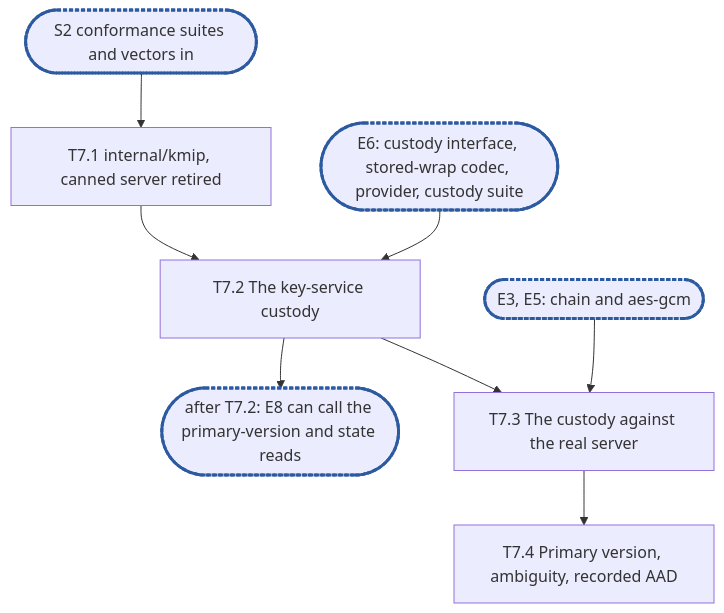
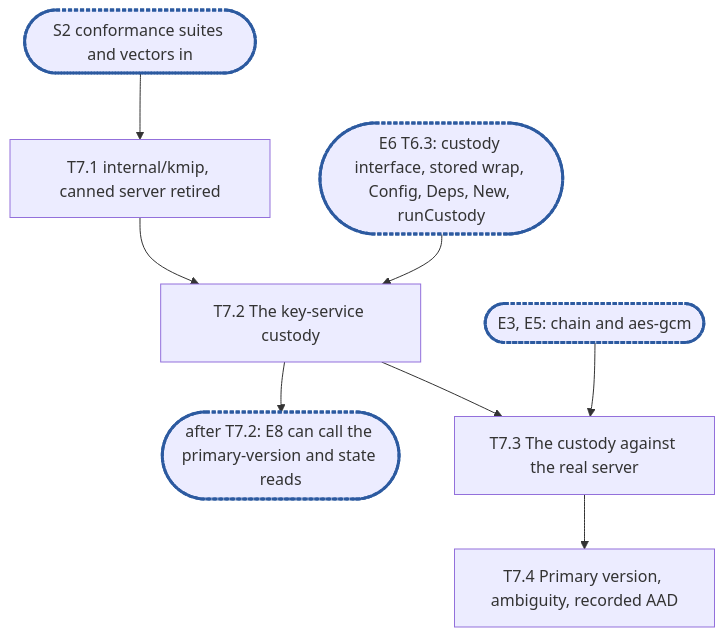
One commit to cubbit/dittofs changed the diagram in .planning/rfc-5-transforms-epic7.md. Above: the diagram before and after it, drawn with Mermaid. The commit also changed other lines of this file, not shown here.

Commit message:
docs(planning): RFC 5 epic 7 follows epic 6's custody seam

````diff
--- a/.planning/rfc-5-transforms-epic7.md
+++ b/.planning/rfc-5-transforms-epic7.md
@@ -498,11 +528,11 @@
 ```mermaid
 flowchart TD
   S2(["S2 conformance suites and vectors in"]):::sync --> T7_1["T7.1 internal/kmip, canned server retired"]
   T7_1 --> T7_2["T7.2 The key-service custody"]
-  E6(["E6: custody interface, stored-wrap codec, provider, custody suite"]):::sync --> T7_2
+  E6(["E6 T6.3: custody interface, stored wrap, Config, Deps, New, runCustody"]):::sync --> T7_2
   T7_2 --> C1(["after T7.2: E8 can call the primary-version and state reads"]):::sync
   T7_2 --> T7_3["T7.3 The custody against the real server"]
   E5(["E3, E5: chain and aes-gcm"]):::sync --> T7_3
   T7_3 --> T7_4["T7.4 Primary version, ambiguity, recorded AAD"]
   classDef sync stroke:#2c5aa0,stroke-width:3px,stroke-dasharray:4 2
 ```
````
